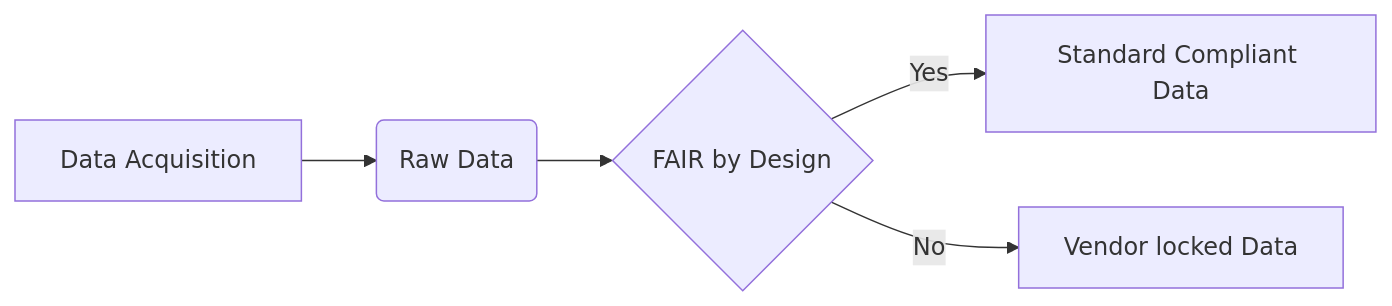
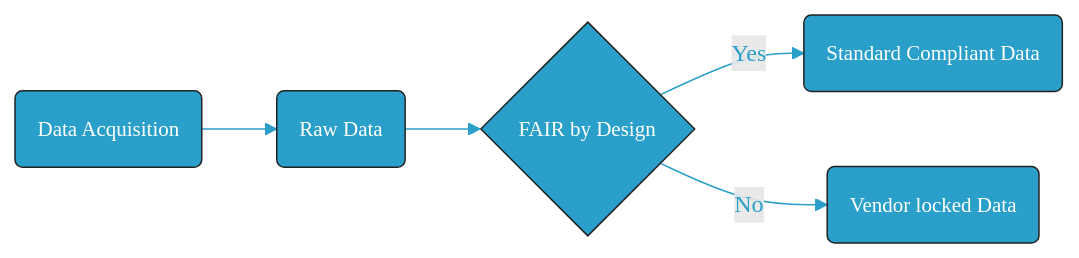
The first of 2 diagrams in content/recipes/help/recipe-template.md (egonw/cookbook-dev), drawn with Mermaid before and after one commit. The commit also changed other lines of this file and 41 other files, not shown here.

```diff
--- a/content/recipes/help/recipe-template.md
+++ b/content/recipes/help/recipe-template.md
@@ -31,7 +36,9 @@
 <div class="mermaid">
 graph LR;
-    A[Data Acquisition] -->B(Raw Data)
+    A(Data Acquisition):::box -->B(Raw Data):::box
     B --> C{FAIR by Design}
-    C -->|Yes| D[Standard Compliant Data]
-    C -->|No| E[Vendor locked Data]
+    C:::box-->|Yes| D(Standard Compliant Data):::box
+    C:::box -->|No| E(Vendor locked Data):::box
+    classDef box font-family:avenir,font-size:14px,fill:#2a9fc9,stroke:#222,color:#fff,stroke-width:1px
+    linkStyle 0,1,2,3 stroke:#2a9fc9,stroke-width:1px,color:#2a9fc9,font-family:avenir;
 </div>
```
